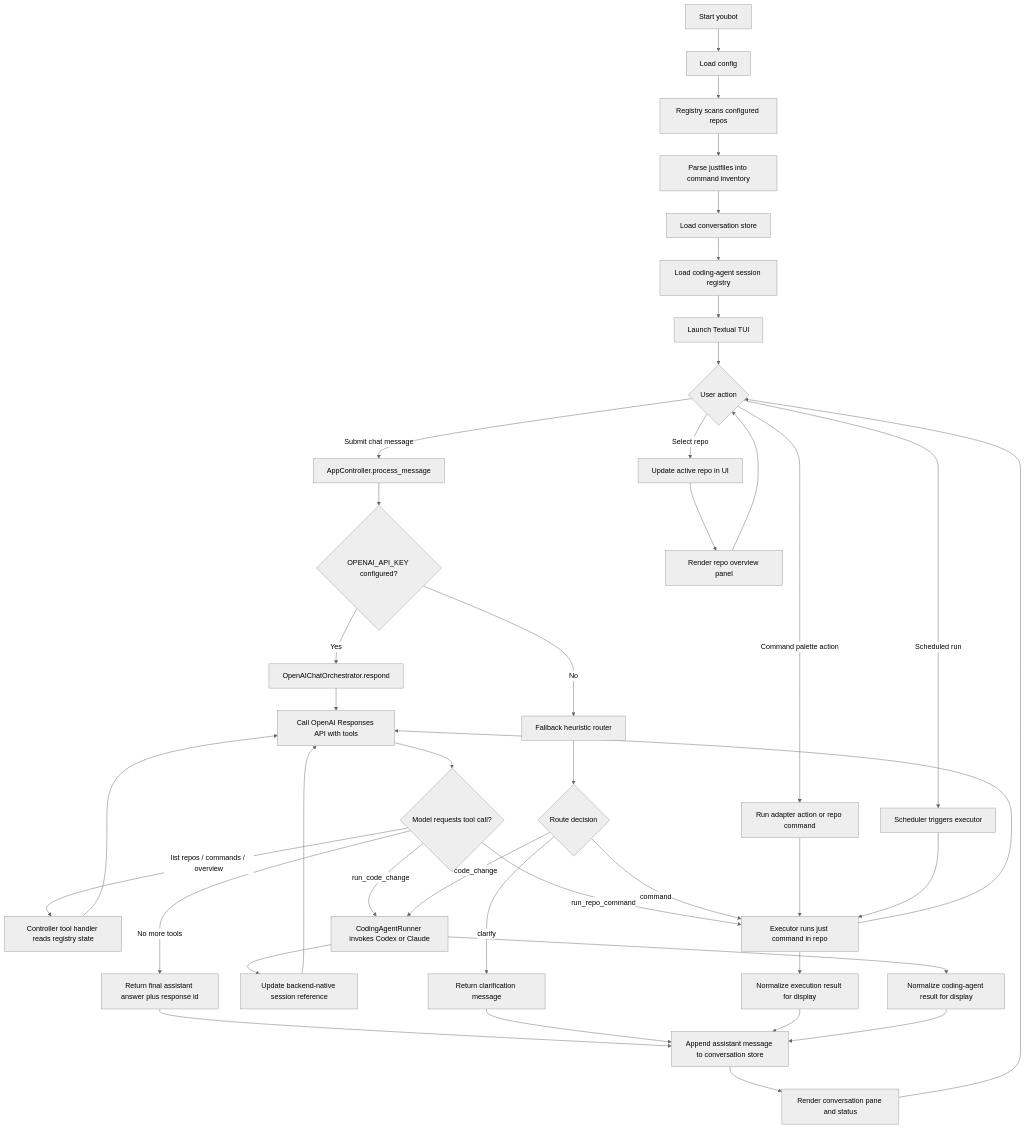
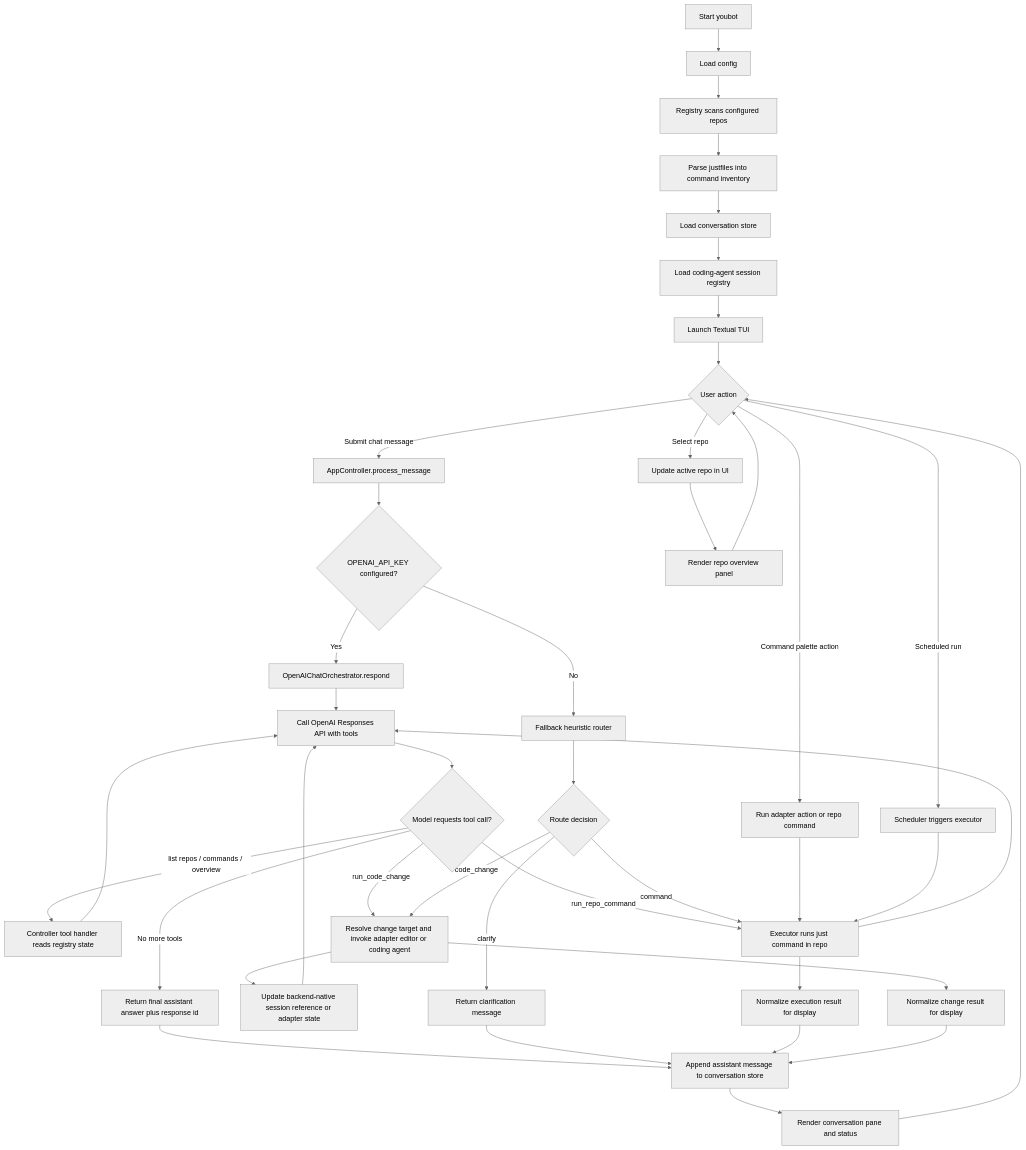
One commit to tombedor/youbot changed the first of 2 diagrams in docs/architecture.md. Above: the diagram before and after it, drawn with Mermaid (neutral theme). The commit also changed other lines of this file and 3 other files, not shown here.

````diff
--- a/docs/architecture.md
+++ b/docs/architecture.md
@@ -186,50 +190,50 @@
 ```mermaid
 flowchart TD
     A[Start youbot] --> B[Load config]
     B --> C[Registry scans configured repos]
     C --> D[Parse justfiles into command inventory]
     D --> E[Load conversation store]
     E --> F[Load coding-agent session registry]
     F --> G[Launch Textual TUI]
     G --> H{User action}
 
     H -->|Submit chat message| I[AppController.process_message]
     H -->|Select repo| J[Update active repo in UI]
     H -->|Command palette action| K[Run adapter action or repo command]
     H -->|Scheduled run| L[Scheduler triggers executor]
 
     I --> M{OPENAI_API_KEY configured?}
     M -->|Yes| N[OpenAIChatOrchestrator.respond]
     M -->|No| O[Fallback heuristic router]
 
     N --> P[Call OpenAI Responses API with tools]
     P --> Q{Model requests tool call?}
     Q -->|list repos / commands / overview| R[Controller tool handler reads registry state]
     Q -->|run_repo_command| S[Executor runs just command in repo]
-    Q -->|run_code_change| T[CodingAgentRunner invokes Codex or Claude]
+    Q -->|run_code_change| T[Resolve change target and invoke adapter editor or coding agent]
     Q -->|No more tools| U[Return final assistant answer plus response id]
     R --> P
     S --> P
-    T --> V[Update backend-native session reference]
+    T --> V[Update backend-native session reference or adapter state]
     V --> P
 
     O --> W{Route decision}
     W -->|command| S
     W -->|code_change| T
     W -->|clarify| X[Return clarification message]
 
     K --> S
     L --> S
 
     U --> Y[Append assistant message to conversation store]
     X --> Y
     S --> Z[Normalize execution result for display]
-    T --> AA[Normalize coding-agent result for display]
+    T --> AA[Normalize change result for display]
     Z --> Y
     AA --> Y
 
     J --> AB[Render repo overview panel]
     Y --> AC[Render conversation pane and status]
     AB --> H
     AC --> H
 ```
````
